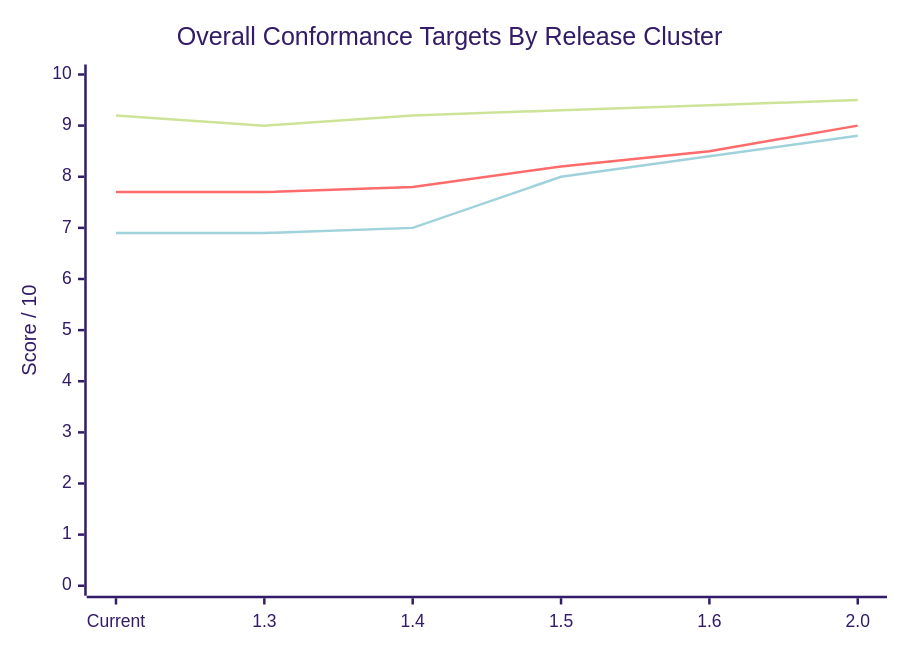
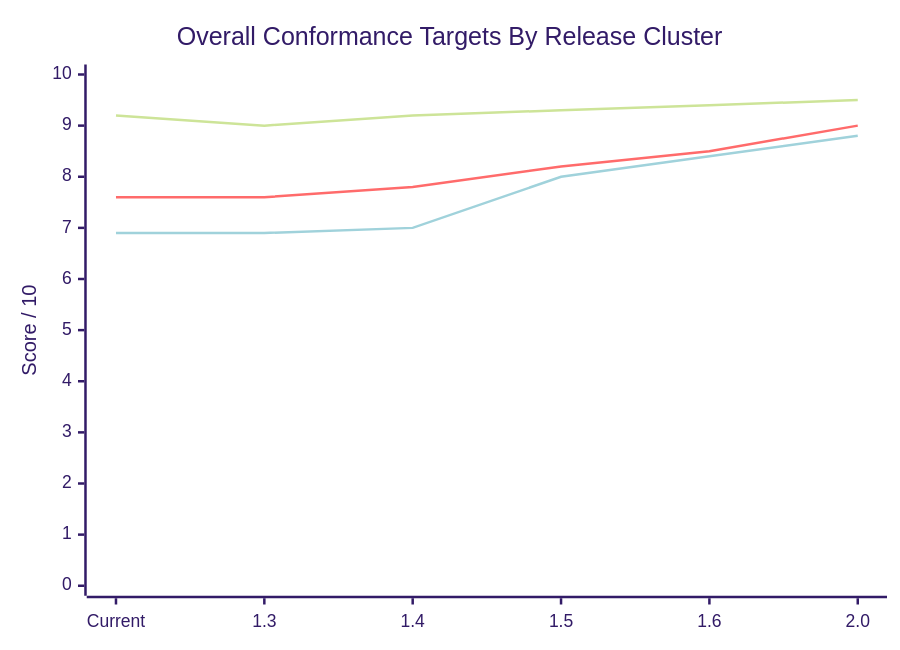
The diagram in CONFORMANCE_METRICS_OVERVIEW.md (sgwoods/Codex-Test1), drawn with Mermaid (forest theme) before and after one commit. The commit also changed other lines of this file and 24 other files, not shown here.

````diff
--- a/CONFORMANCE_METRICS_OVERVIEW.md
+++ b/CONFORMANCE_METRICS_OVERVIEW.md
@@ -33,9 +33,9 @@
 ```mermaid
 xychart-beta
   title "Overall Conformance Targets By Release Cluster"
   x-axis ["Current", "1.3", "1.4", "1.5", "1.6", "2.0"]
   y-axis "Score / 10" 0 --> 10
   line "Aurora Galactica" [9.2, 9.0, 9.2, 9.3, 9.4, 9.5]
-  line "Galaxy Guardians Reference" [7.7, 7.7, 7.8, 8.2, 8.5, 9.0]
+  line "Galaxy Guardians Reference" [7.6, 7.6, 7.8, 8.2, 8.5, 9.0]
   line "Galaxy Guardians Playtest" [6.9, 6.9, 7.0, 8.0, 8.4, 8.8]
 ```
````
